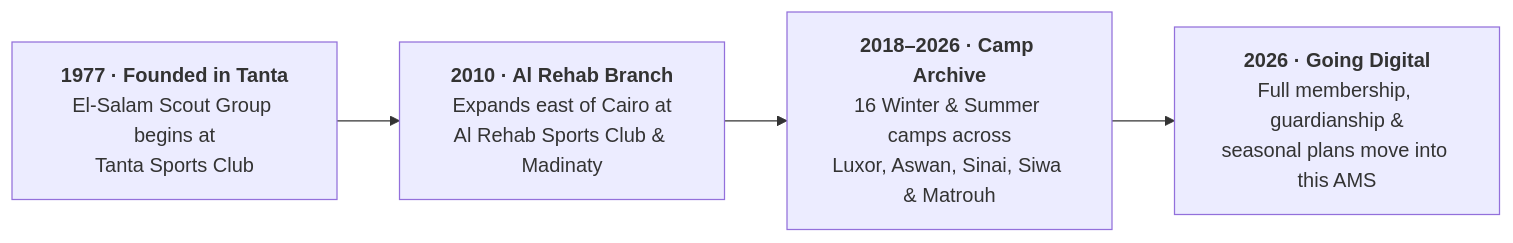
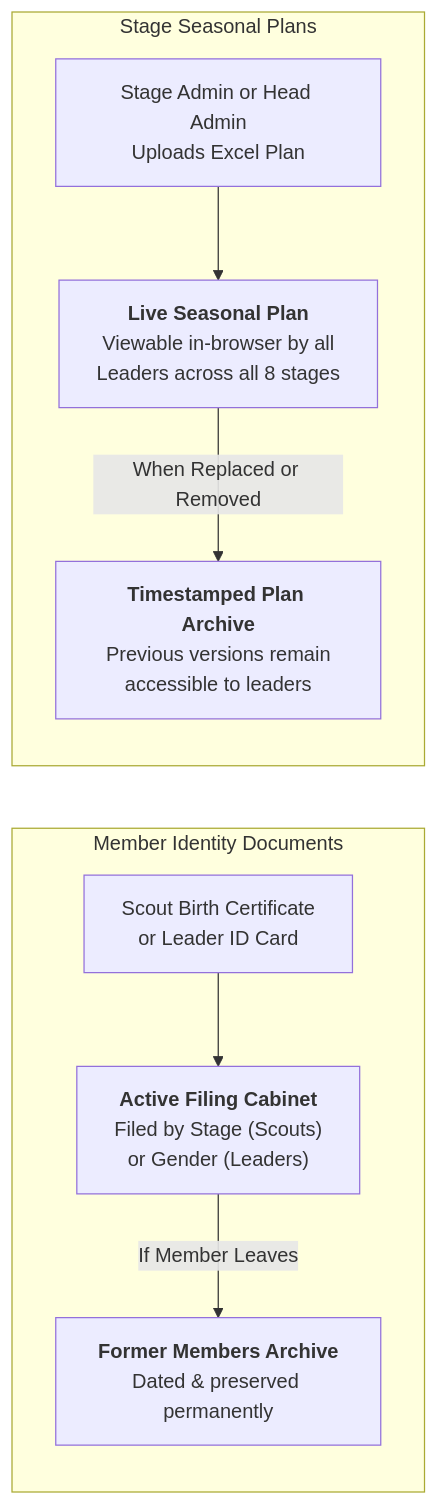
The fifth of 6 diagrams in README.md (joe02692/SSG_website_AMS), drawn with Mermaid before and after one commit. The commit also changed other lines of this file, not shown here.

````diff
--- a/README.md
+++ b/README.md
@@ -86,9 +174,12 @@
 ```mermaid
 flowchart LR
-    M1977["<b>1977 · Founded in Tanta</b><br/>El-Salam Scout Group begins at<br/>Tanta Sports Club"]
-    M2010["<b>2010 · Al Rehab Branch</b><br/>Expands east of Cairo at<br/>Al Rehab Sports Club & Madinaty"]
-    M2018["<b>2018–2026 · Camp Archive</b><br/>16 Winter & Summer camps across<br/>Luxor, Aswan, Sinai, Siwa & Matrouh"]
-    M2026["<b>2026 · Going Digital</b><br/>Full membership, guardianship &<br/>seasonal plans move into this AMS"]
+    subgraph Docs["Member Identity Documents"]
+        UploadDoc["Scout Birth Certificate<br/>or Leader ID Card"] --> FileDoc["<b>Active Filing Cabinet</b><br/>Filed by Stage (Scouts)<br/>or Gender (Leaders)"]
+        FileDoc -->|If Member Leaves| FormerDoc["<b>Former Members Archive</b><br/>Dated & preserved permanently"]
+    end
 
-    M1977 --> M2010 --> M2018 --> M2026
+    subgraph Plans["Stage Seasonal Plans"]
+        UploadPlan["Stage Admin or Head Admin<br/>Uploads Excel Plan"] --> ActivePlan["<b>Live Seasonal Plan</b><br/>Viewable in-browser by all<br/>Leaders across all 8 stages"]
+        ActivePlan -->|When Replaced or Removed| ArchivePlan["<b>Timestamped Plan Archive</b><br/>Previous versions remain<br/>accessible to leaders"]
+    end
 ```
````
